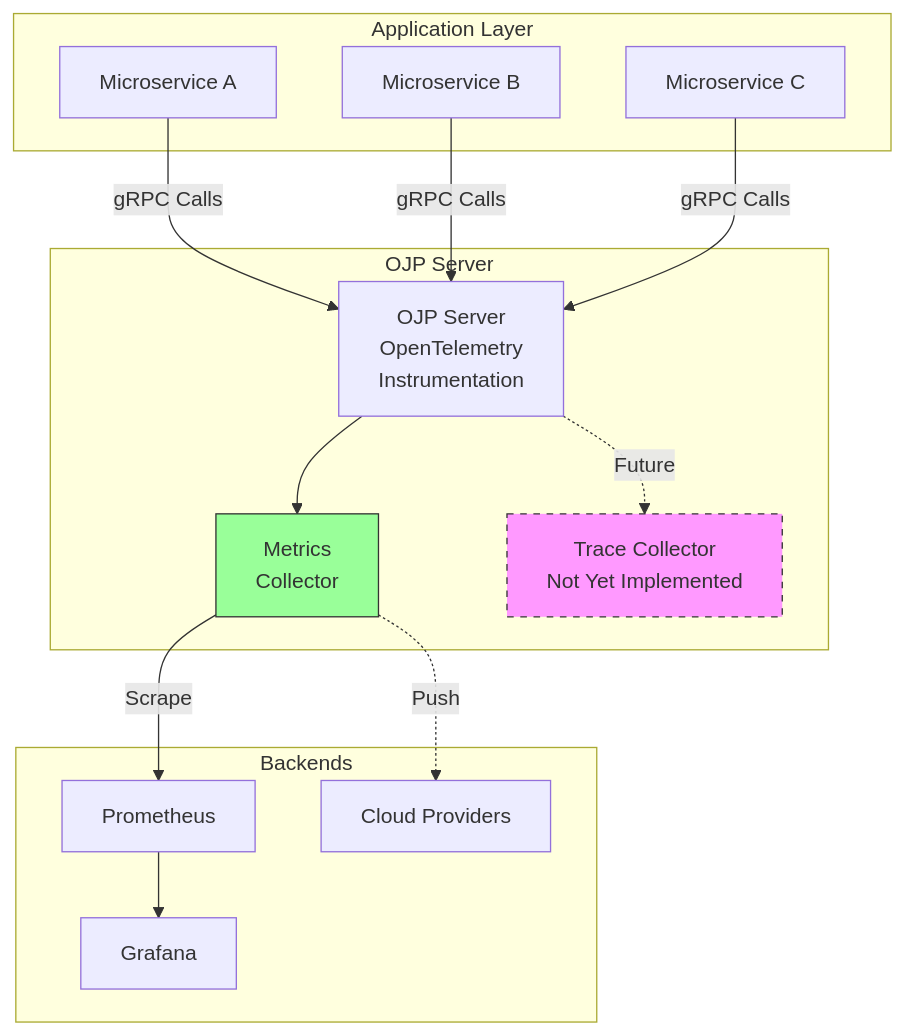
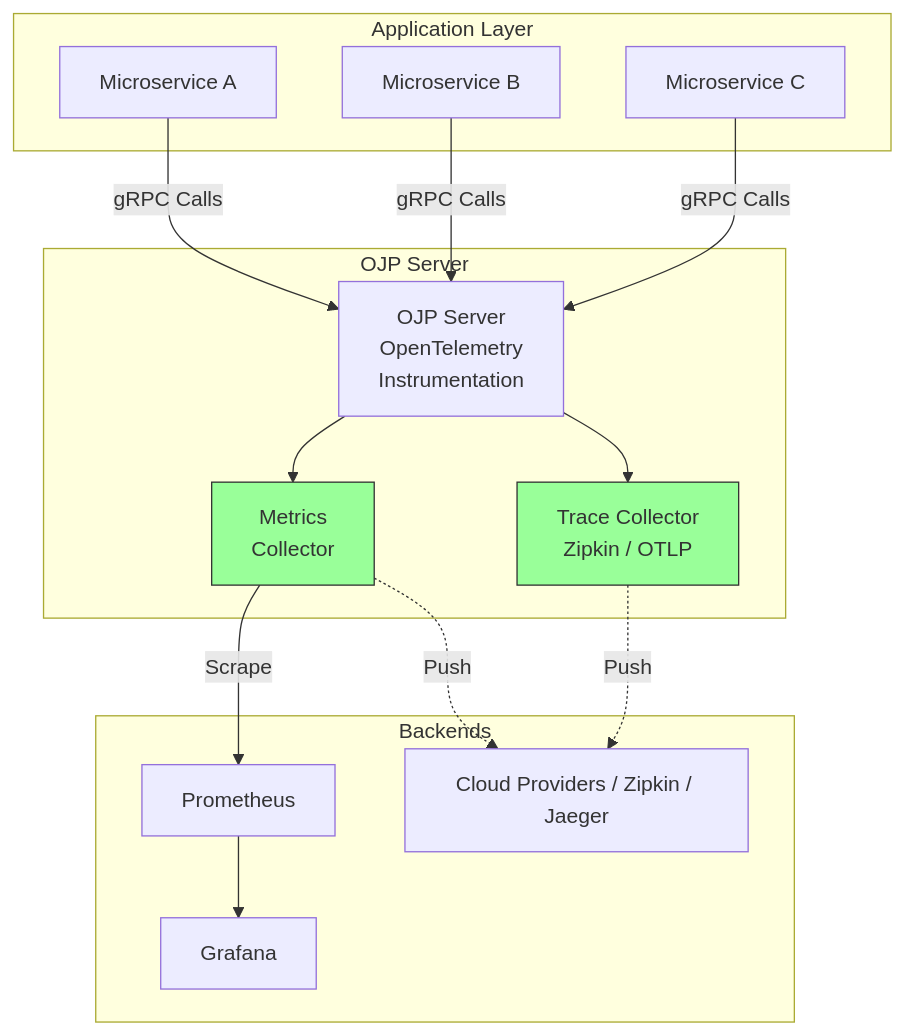
The first of 2 diagrams in documents/ebook/part4-chapter13-telemetry.md (sisv1der/ojp), drawn with Mermaid before and after one commit. The commit also changed other lines of this file and 3 other files, not shown here.

````diff
--- a/documents/ebook/part4-chapter13-telemetry.md
+++ b/documents/ebook/part4-chapter13-telemetry.md
@@ -29,34 +29,35 @@
 ```mermaid
 graph TB
     subgraph "Application Layer"
         A1[Microservice A]
         A2[Microservice B]
         A3[Microservice C]
     end
     
     subgraph "OJP Server"
         OJP[OJP Server<br/>OpenTelemetry<br/>Instrumentation]
         ME[Metrics<br/>Collector]
-        TR[Trace Collector<br/>Not Yet Implemented]
+        TR[Trace Collector<br/>Zipkin / OTLP]
     end
     
     subgraph "Backends"
         PR[Prometheus]
         GR[Grafana]
-        CL[Cloud Providers]
+        CL[Cloud Providers / Zipkin / Jaeger]
     end
     
     A1 -->|gRPC Calls| OJP
     A2 -->|gRPC Calls| OJP
     A3 -->|gRPC Calls| OJP
     
     OJP --> ME
-    OJP -.->|Future| TR
+    OJP --> TR
     
     ME -->|Scrape| PR
     PR --> GR
     ME -.->|Push| CL
+    TR -.->|Push| CL
     
-    style TR fill:#f9f,stroke:#333,stroke-dasharray: 5 5
+    style TR fill:#9f9,stroke:#333
     style ME fill:#9f9,stroke:#333
 ```
````
